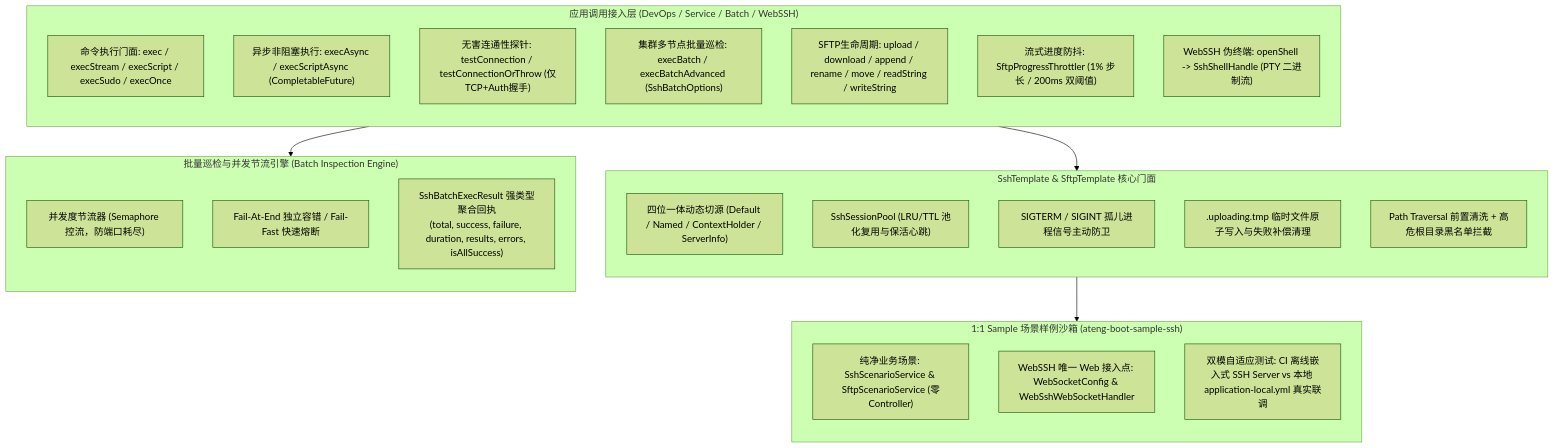
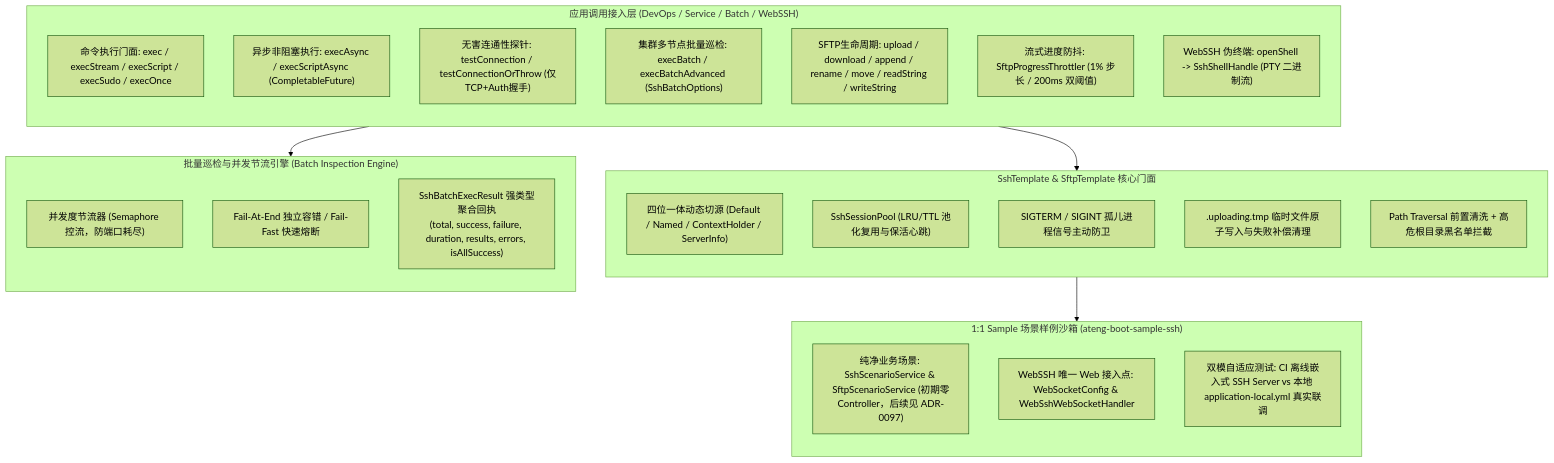
The diagram in docs/adr/0071-ssh-and-sftp-full-scenario-hardening-and-governance-architecture.md (atengk/ateng-boot), drawn with Mermaid (forest theme) before and after one commit. The commit also changed other lines of this file and 5 other files, not shown here.

First line of the commit message:
docs(ssh): Starter 五维生产文档、Sample 四段式体验卡、领域词汇表与 ADR 全景同步验收

````diff
--- a/docs/adr/0071-ssh-and-sftp-full-scenario-hardening-and-governance-architecture.md
+++ b/docs/adr/0071-ssh-and-sftp-full-scenario-hardening-and-governance-architecture.md
@@ -33,40 +33,40 @@
 ```mermaid
 flowchart TD
     subgraph ClientLayer["应用调用接入层 (DevOps / Service / Batch / WebSSH)"]
         direction TB
         CMD_EXEC["命令执行门面: exec / execStream / execScript / execSudo / execOnce"]
         CMD_ASYNC["异步非阻塞执行: execAsync / execScriptAsync (CompletableFuture)"]
         CMD_PROBE["无害连通性探针: testConnection / testConnectionOrThrow (仅TCP+Auth握手)"]
         CMD_BATCH["集群多节点批量巡检: execBatch / execBatchAdvanced (SshBatchOptions)"]
         SFTP_LIFECYCLE["SFTP生命周期: upload / download / append / rename / move / readString / writeString"]
         SFTP_THROTTLE["流式进度防抖: SftpProgressThrottler (1% 步长 / 200ms 双阈值)"]
         WEB_SSH["WebSSH 伪终端: openShell -> SshShellHandle (PTY 二进制流)"]
     end
 
     subgraph TemplateFacades["SshTemplate & SftpTemplate 核心门面"]
         direction TB
         ROUTING_GUARD["四位一体动态切源 (Default / Named / ContextHolder / ServerInfo)"]
         POOL_GUARD["SshSessionPool (LRU/TTL 池化复用与保活心跳)"]
         ORPHAN_KILL["SIGTERM / SIGINT 孤儿进程信号主动防卫"]
         ATOMIC_GUARD[".uploading.tmp 临时文件原子写入与失败补偿清理"]
         TRAVERSAL_GUARD["Path Traversal 前置清洗 + 高危根目录黑名单拦截"]
     end
 
     subgraph BatchEngine["批量巡检与并发节流引擎 (Batch Inspection Engine)"]
         direction TB
         CONCURRENCY_LIMIT["并发度节流器 (Semaphore 控流，防端口耗尽)"]
         FAIL_STRATEGY["Fail-At-End 独立容错 / Fail-Fast 快速熔断"]
         AGGREGATE_RESULT["SshBatchExecResult 强类型聚合回执<br/>(total, success, failure, duration, results, errors, isAllSuccess)"]
     end
 
     subgraph DualModeSandbox["1:1 Sample 场景样例沙箱 (ateng-boot-sample-ssh)"]
         direction TB
-        CLEAN_SERVICE["纯净业务场景: SshScenarioService & SftpScenarioService (零Controller)"]
+        CLEAN_SERVICE["纯净业务场景: SshScenarioService & SftpScenarioService (初期零Controller，后续见 ADR-0097)"]
         WEBSOCKET_EP["WebSSH 唯一 Web 接入点: WebSocketConfig & WebSshWebSocketHandler"]
         DUAL_PROFILE["双模自适应测试: CI 离线嵌入式 SSH Server vs 本地 application-local.yml 真实联调"]
     end
 
     ClientLayer --> TemplateFacades
     CMD_BATCH --> BatchEngine
     TemplateFacades --> DualModeSandbox
 ```
````
